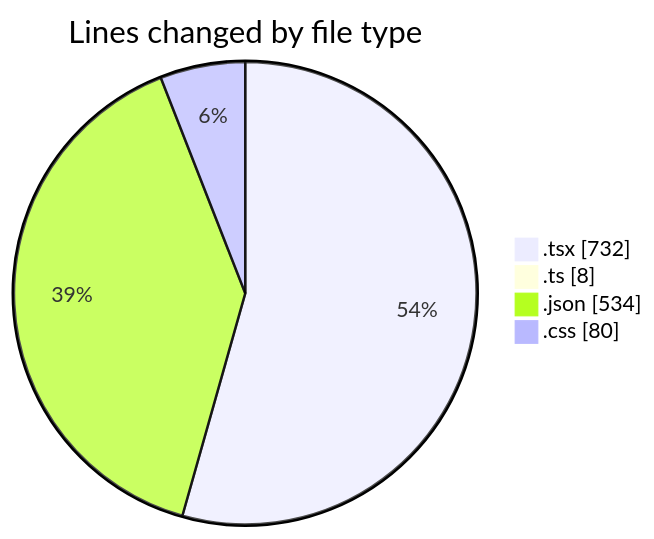
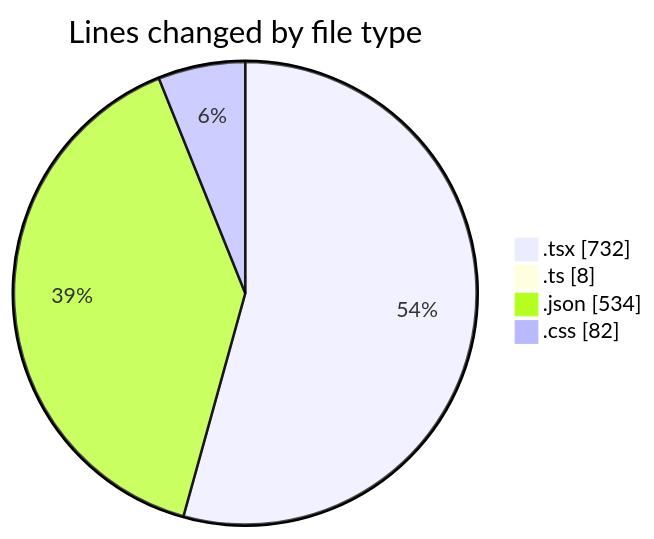
One commit to EIIisD/code-tracking changed the first of 2 diagrams in 2025-08-02/tw-server/README.md. Above: the diagram before and after it, drawn with Mermaid. The commit also changed other lines of this file and 1 other file, not shown here.

````diff
--- a/2025-08-02/tw-server/README.md
+++ b/2025-08-02/tw-server/README.md
@@ -25,8 +25,8 @@
 ```mermaid
 pie showData
 title Lines changed by file type
 ".tsx" : 732
 ".ts" : 8
 ".json" : 534
-".css" : 80
+".css" : 82
 ```
````
